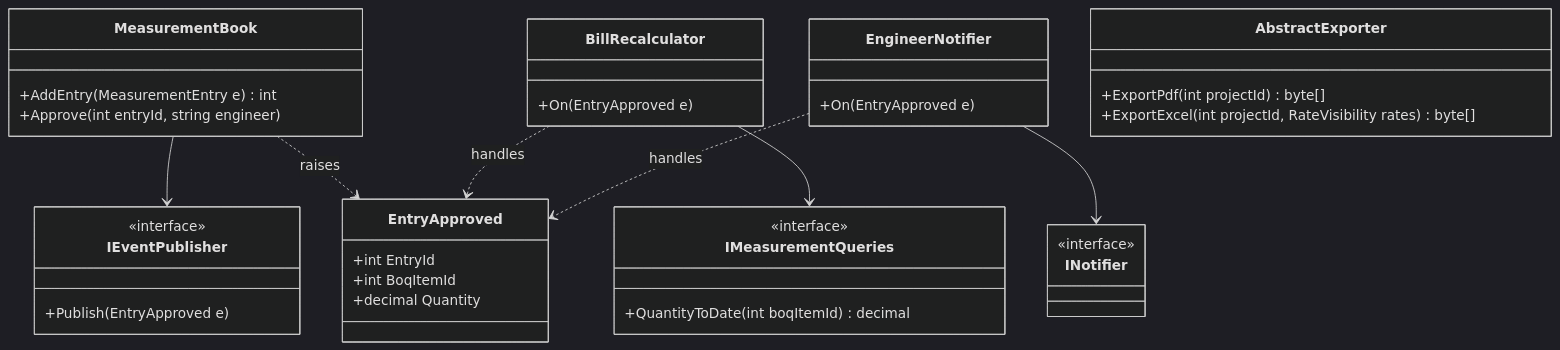
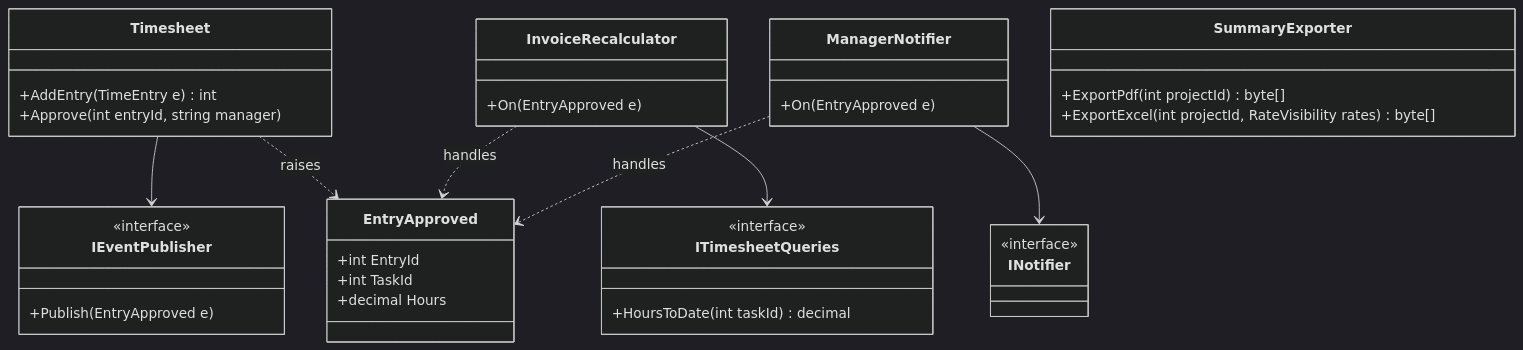
Before and after one commit to rizwi0786/system-design-lab: the fourth of 4 diagrams in content/lessons/m02/m02-coupling-cohesion.md, drawn with Mermaid (dark theme). The commit also changed other lines of this file and 334 other files, not shown here.

````diff
--- a/content/lessons/m02/m02-coupling-cohesion.md
+++ b/content/lessons/m02/m02-coupling-cohesion.md
@@ -982,39 +982,39 @@
 ```mermaid
 classDiagram
-    class MeasurementBook {
-        +AddEntry(MeasurementEntry e) int
-        +Approve(int entryId, string engineer)
+    class Timesheet {
+        +AddEntry(TimeEntry e) int
+        +Approve(int entryId, string manager)
     }
-    class IMeasurementQueries {
+    class ITimesheetQueries {
         <<interface>>
-        +QuantityToDate(int boqItemId) decimal
+        +HoursToDate(int taskId) decimal
     }
     class EntryApproved {
         +int EntryId
-        +int BoqItemId
-        +decimal Quantity
+        +int TaskId
+        +decimal Hours
     }
     class IEventPublisher {
         <<interface>>
         +Publish(EntryApproved e)
     }
-    class BillRecalculator {
+    class InvoiceRecalculator {
         +On(EntryApproved e)
     }
-    class EngineerNotifier {
+    class ManagerNotifier {
         +On(EntryApproved e)
     }
     class INotifier {
         <<interface>>
     }
-    class AbstractExporter {
+    class SummaryExporter {
         +ExportPdf(int projectId) byte[]
         +ExportExcel(int projectId, RateVisibility rates) byte[]
     }
-    MeasurementBook --> IEventPublisher
-    MeasurementBook ..> EntryApproved : raises
-    BillRecalculator ..> EntryApproved : handles
-    BillRecalculator --> IMeasurementQueries
-    EngineerNotifier ..> EntryApproved : handles
-    EngineerNotifier --> INotifier
+    Timesheet --> IEventPublisher
+    Timesheet ..> EntryApproved : raises
+    InvoiceRecalculator ..> EntryApproved : handles
+    InvoiceRecalculator --> ITimesheetQueries
+    ManagerNotifier ..> EntryApproved : handles
+    ManagerNotifier --> INotifier
 ```
````
